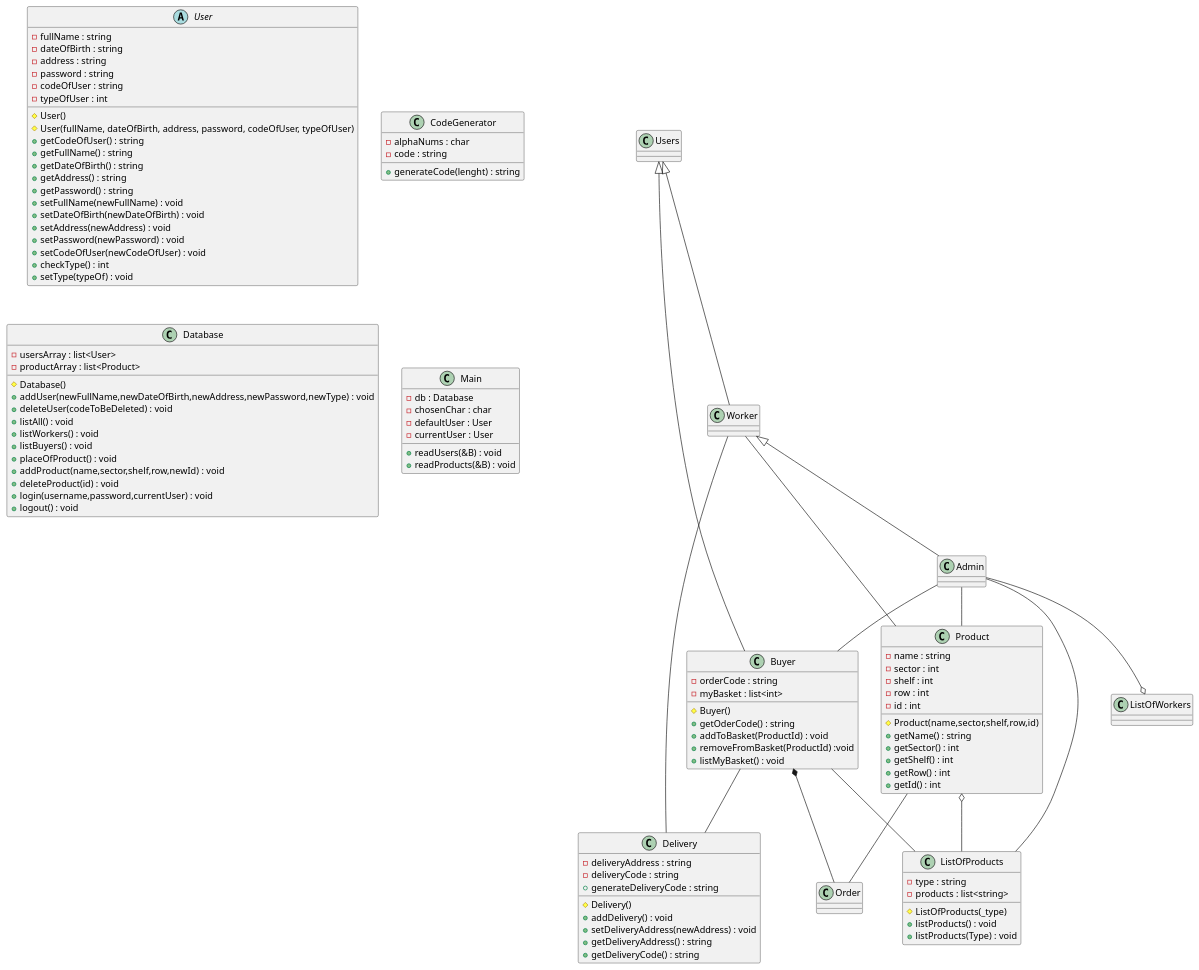
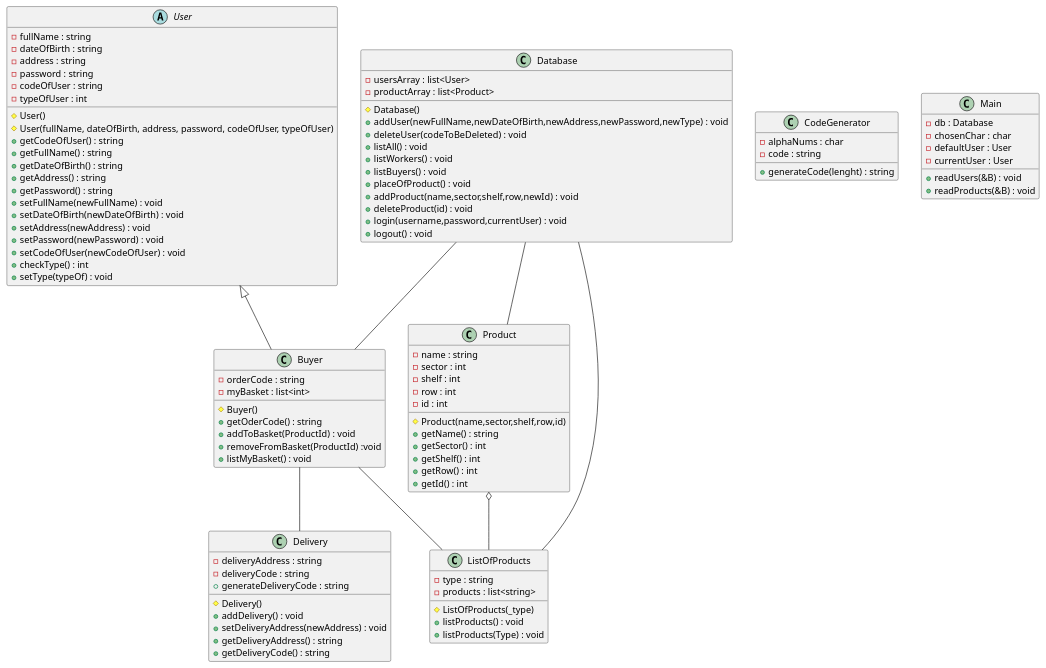
One commit to Leves01/Szoftvertechnologia changed the diagram in classmeghatarozas.wsd. Above: the diagram before and after it, drawn with PlantUML.

```diff
--- a/classmeghatarozas.wsd
+++ b/classmeghatarozas.wsd
@@ -1,129 +1,117 @@
 @startuml Class_meghatarozas
 'Classok a programon belül
 
 abstract class User {
     -fullName : string
     -dateOfBirth : string
     -address : string
     -password : string
     -codeOfUser : string
 	-typeOfUser : int
 	#User()
 	#User(fullName, dateOfBirth, address, password, codeOfUser, typeOfUser)
 	+getCodeOfUser() : string
     +getFullName() : string
     +getDateOfBirth() : string
     +getAddress() : string
 	+getPassword() : string
     +setFullName(newFullName) : void
     +setDateOfBirth(newDateOfBirth) : void
     +setAddress(newAddress) : void
     +setPassword(newPassword) : void
 	+setCodeOfUser(newCodeOfUser) : void
 	+checkType() : int
 	+setType(typeOf) : void
 }
 
 class Buyer {
     -orderCode : string
 	-myBasket : list<int>
 	#Buyer()
     +getOderCode() : string
     +addToBasket(ProductId) : void
     +removeFromBasket(ProductId) :void
     +listMyBasket() : void
 }  
 
 class Product {
     -name : string
     -sector : int
     -shelf : int
     -row : int
     -id : int
     #Product(name,sector,shelf,row,id)
     +getName() : string
     +getSector() : int
     +getShelf() : int
     +getRow() : int 
     +getId() : int
 }
 
 
 class ListOfProducts {
     -type : string
 	-products : list<string>
 	#ListOfProducts(_type)
     +listProducts() : void
     +listProducts(Type) : void
 }
 
 class Delivery {
     - deliveryAddress : string
     - deliveryCode : string
 	#Delivery()
     +addDelivery() : void
 	+setDeliveryAddress(newAddress) : void
     +generateDeliveryCode : string
     +getDeliveryAddress() : string
     +getDeliveryCode() : string
 }
 
 class CodeGenerator {
 	-alphaNums : char
 	-code : string
 	+generateCode(lenght) : string
 }
 
 class Database {
 	-usersArray : list<User>
 	-productArray : list<Product>
 	#Database()
 	+addUser(newFullName,newDateOfBirth,newAddress,newPassword,newType) : void
 	+deleteUser(codeToBeDeleted) : void
 	+listAll() : void
 	+listWorkers() : void
 	+listBuyers() : void
 	+placeOfProduct() : void
 	+addProduct(name,sector,shelf,row,newId) : void
 	+deleteProduct(id) : void
 	+login(username,password,currentUser) : void
 	+logout() : void
 }
 
 class Main {
 	+readUsers(&B) : void
 	+readProducts(&B) : void
 	-db : Database
 	-chosenChar : char
 	-defaultUser : User
 	-currentUser : User
 }
 
 
 ' Kapcsolodasok a classok kozott
 
+User <|-- Buyer
 
-Users <|-- Worker
-Users <|-- Buyer
-Worker <|-- Admin
-
-'Admin -- Worker
-Admin -- Buyer
-Admin -- Product
-Admin -- ListOfProducts
-Admin --o ListOfWorkers
+Database -- Buyer
+Database -- Product
+Database -- ListOfProducts
 
 Product o-- ListOfProducts
 
 
 Buyer -- ListOfProducts
-Buyer *-- Order
 Buyer -- Delivery
 
-
-Product -- Order
-
-Worker -- Delivery
-
-Worker -- Product
 @enduml
```
